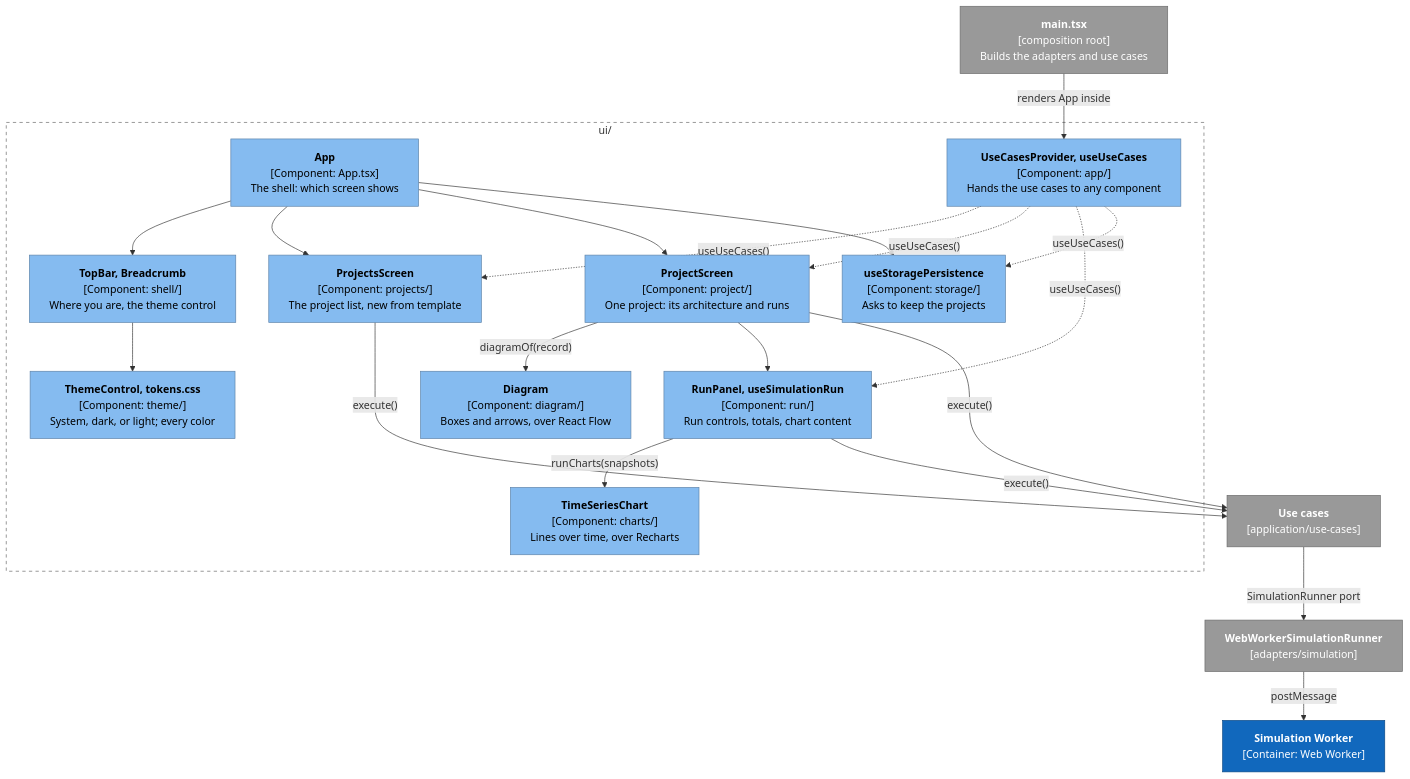
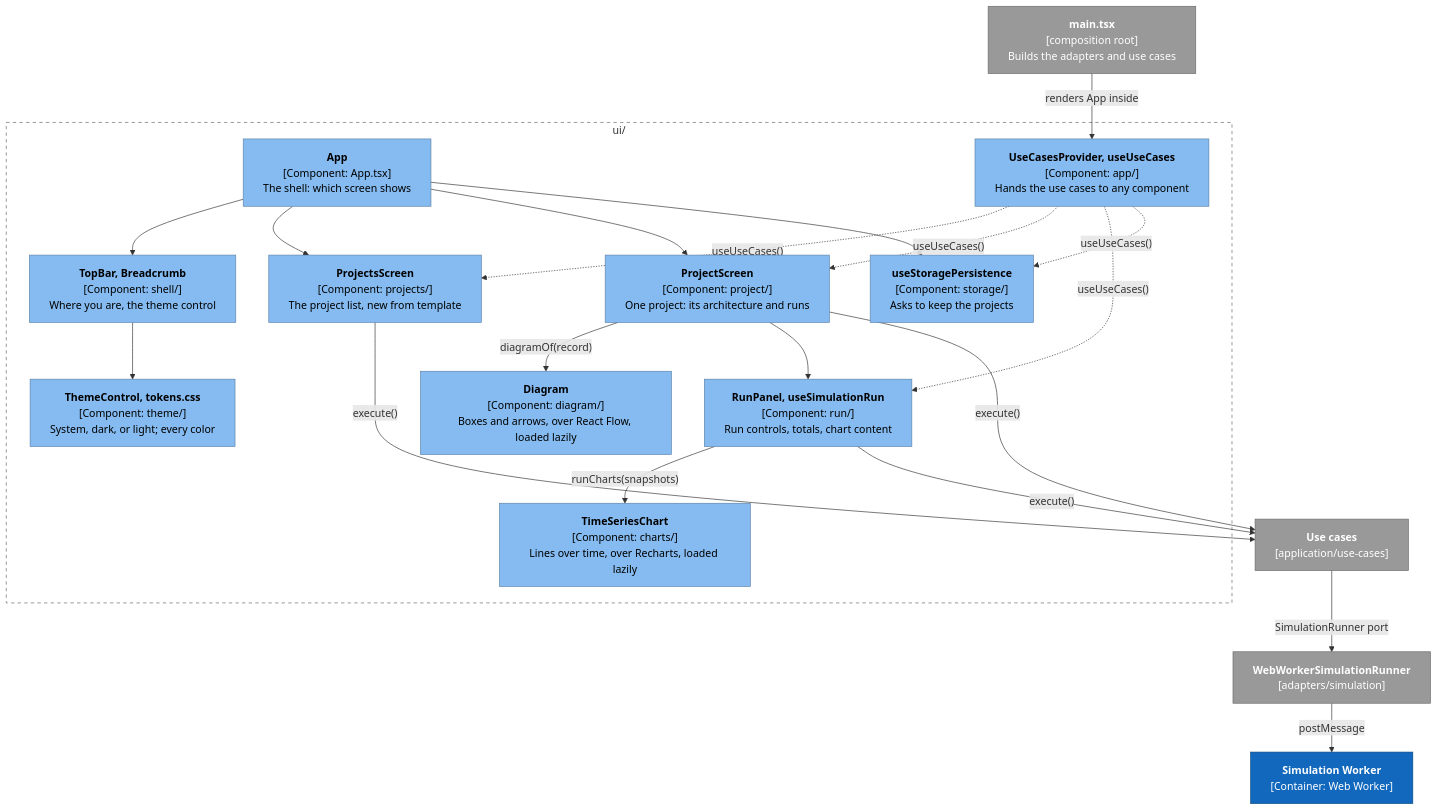
The first of 2 diagrams in docs/architecture/user-interface.md (alanbickel/wind-tunnel), drawn with Mermaid before and after one commit. The commit also changed other lines of this file and 24 other files, not shown here.

Commit message:
chore(ui): load React Flow and Recharts only when they're drawn (#45)

````diff
--- a/docs/architecture/user-interface.md
+++ b/docs/architecture/user-interface.md
@@ -11,36 +11,36 @@
 ```mermaid
 %%{init: {"flowchart": {"wrappingWidth": 320}}}%%
 flowchart TB
     main["<b>main.tsx</b><br/>[composition root]<br/>Builds the adapters and use cases"]:::external
     subgraph ui["ui/"]
         app["<b>App</b><br/>[Component: App.tsx]<br/>The shell: which screen shows"]:::component
         shell["<b>TopBar, Breadcrumb</b><br/>[Component: shell/]<br/>Where you are, the theme control"]:::component
         provider["<b>UseCasesProvider, useUseCases</b><br/>[Component: app/]<br/>Hands the use cases to any component"]:::component
         projects["<b>ProjectsScreen</b><br/>[Component: projects/]<br/>The project list, new from template"]:::component
         project["<b>ProjectScreen</b><br/>[Component: project/]<br/>One project: its architecture and runs"]:::component
         run["<b>RunPanel, useSimulationRun</b><br/>[Component: run/]<br/>Run controls, totals, chart content"]:::component
         storage["<b>useStoragePersistence</b><br/>[Component: storage/]<br/>Asks to keep the projects"]:::component
         theme["<b>ThemeControl, tokens.css</b><br/>[Component: theme/]<br/>System, dark, or light; every color"]:::component
-        diagram["<b>Diagram</b><br/>[Component: diagram/]<br/>Boxes and arrows, over React Flow"]:::component
-        charts["<b>TimeSeriesChart</b><br/>[Component: charts/]<br/>Lines over time, over Recharts"]:::component
+        diagram["<b>Diagram</b><br/>[Component: diagram/]<br/>Boxes and arrows, over React Flow, loaded lazily"]:::component
+        charts["<b>TimeSeriesChart</b><br/>[Component: charts/]<br/>Lines over time, over Recharts, loaded lazily"]:::component
     end
     uc["<b>Use cases</b><br/>[application/use-cases]"]:::external
     runner["<b>WebWorkerSimulationRunner</b><br/>[adapters/simulation]"]:::external
     worker["<b>Simulation Worker</b><br/>[Container: Web Worker]"]:::system
     main -->|"renders App inside"| provider
     provider -.->|"useUseCases()"| projects & project & run & storage
     app --> shell & projects & project & storage
     shell --> theme
     project -->|"diagramOf(record)"| diagram
     project --> run
     run -->|"runCharts(snapshots)"| charts
     projects & project & run -->|"execute()"| uc
     uc -->|"SimulationRunner port"| runner
     runner -->|"postMessage"| worker
     style ui fill:none,stroke:#666,stroke-dasharray:5 5
     classDef person fill:#08427b,stroke:#052e56,color:#fff
     classDef system fill:#1168bd,stroke:#0b4884,color:#fff
     classDef component fill:#85bbf0,stroke:#5d82a8,color:#000
     classDef external fill:#999,stroke:#6b6b6b,color:#fff
     classDef planned fill:#fff,stroke:#1168bd,color:#1168bd,stroke-dasharray:5 5
 ```
````
